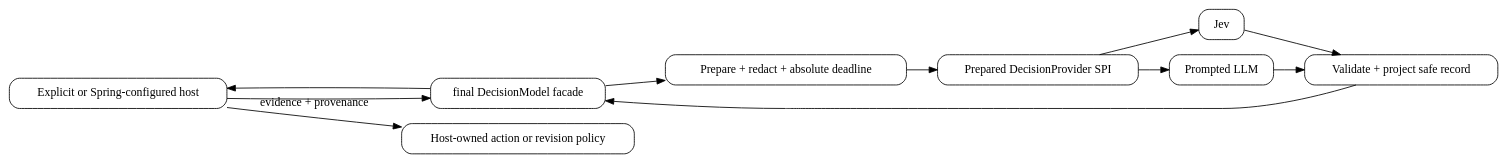
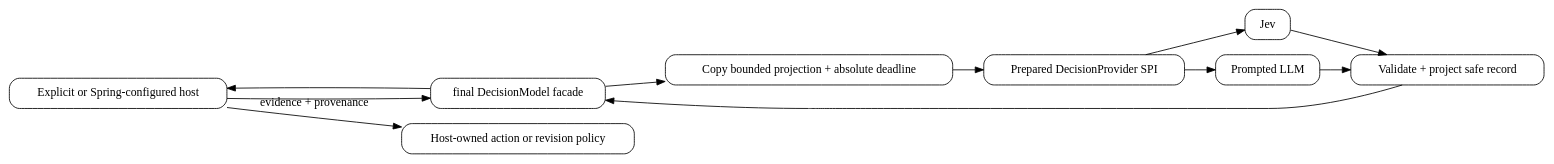
Before and after one commit to embabel/embabel-agent: the diagram in embabel-agent-docs/src/main/asciidoc/reference/diagrams/decision-flow.dot, drawn with Graphviz. The commit also changed 2 other files, not shown here.

```diff
--- a/embabel-agent-docs/src/main/asciidoc/reference/diagrams/decision-flow.dot
+++ b/embabel-agent-docs/src/main/asciidoc/reference/diagrams/decision-flow.dot
@@ -1,19 +1,19 @@
 digraph DecisionFlow {
   rankdir=LR;
   node [shape=box, style="rounded"];
   host [label="Explicit or Spring-configured host"];
   facade [label="final DecisionModel facade"];
-  prepare [label="Prepare + redact + absolute deadline"];
+  prepare [label="Copy bounded projection + absolute deadline"];
   spi [label="Prepared DecisionProvider SPI"];
   jev [label="Jev"];
   prompted [label="Prompted LLM"];
   validate [label="Validate + project safe record"];
   policy [label="Host-owned action or revision policy"];
   host -> facade -> prepare -> spi;
   spi -> jev;
   spi -> prompted;
   jev -> validate;
   prompted -> validate;
   validate -> facade -> host;
   host -> policy [label=" evidence + provenance"];
 }
```
